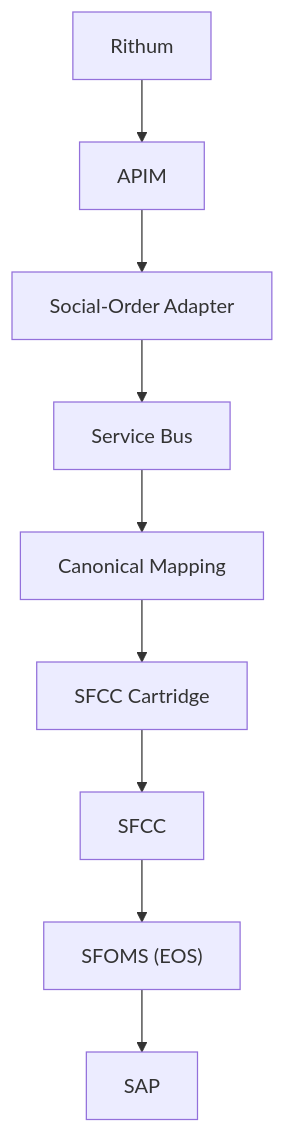
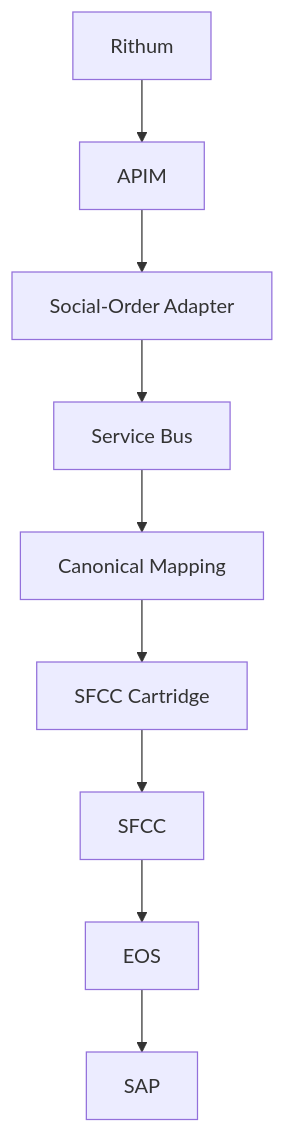
One commit to alienfacepalm/columbia-social-order-use-case changed the sixth of 10 diagrams in presentation.md. Above: the diagram before and after it, drawn with Mermaid. The commit also changed other lines of this file and 3 other files, not shown here.

````diff
--- a/presentation.md
+++ b/presentation.md
@@ -208,11 +242,11 @@
 ```mermaid
 flowchart TB
     R["Rithum"] --> APIM["APIM"]
     APIM --> FA["Social-Order Adapter"]
     FA --> SB["Service Bus"]
     SB --> CM["Canonical Mapping"]
     CM --> CART["SFCC Cartridge"]
     CART --> SFCC["SFCC"]
-    SFCC --> SFOMS["SFOMS (EOS)"]
-    SFOMS --> SAP["SAP"]
+    SFCC --> EOS["EOS"]
+    EOS --> SAP["SAP"]
 ```
````
